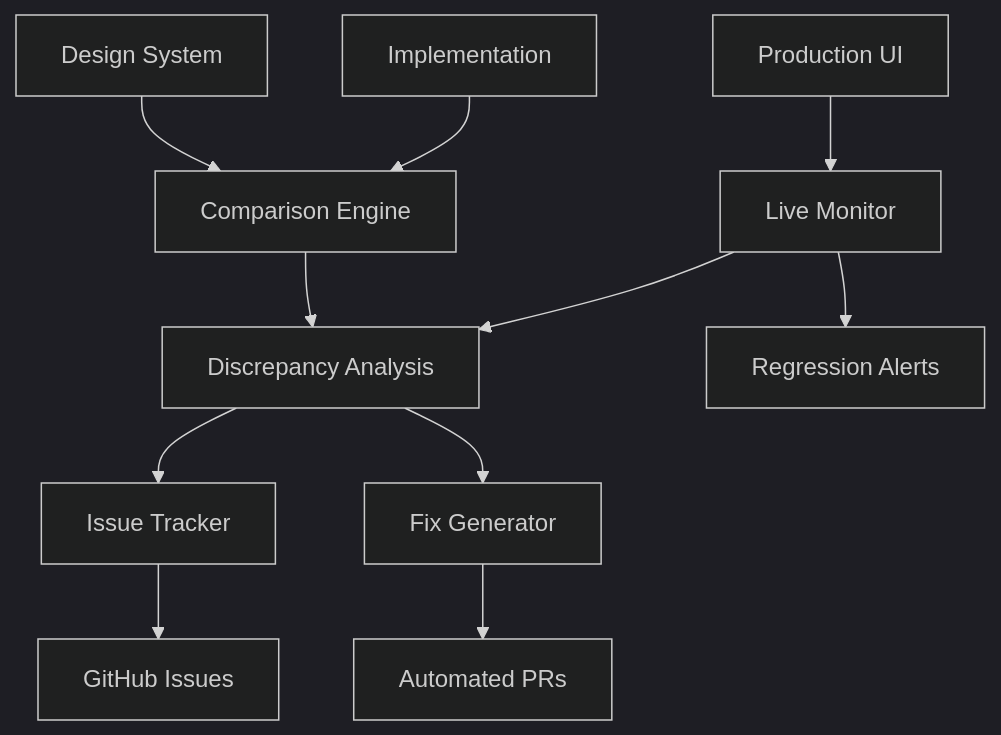
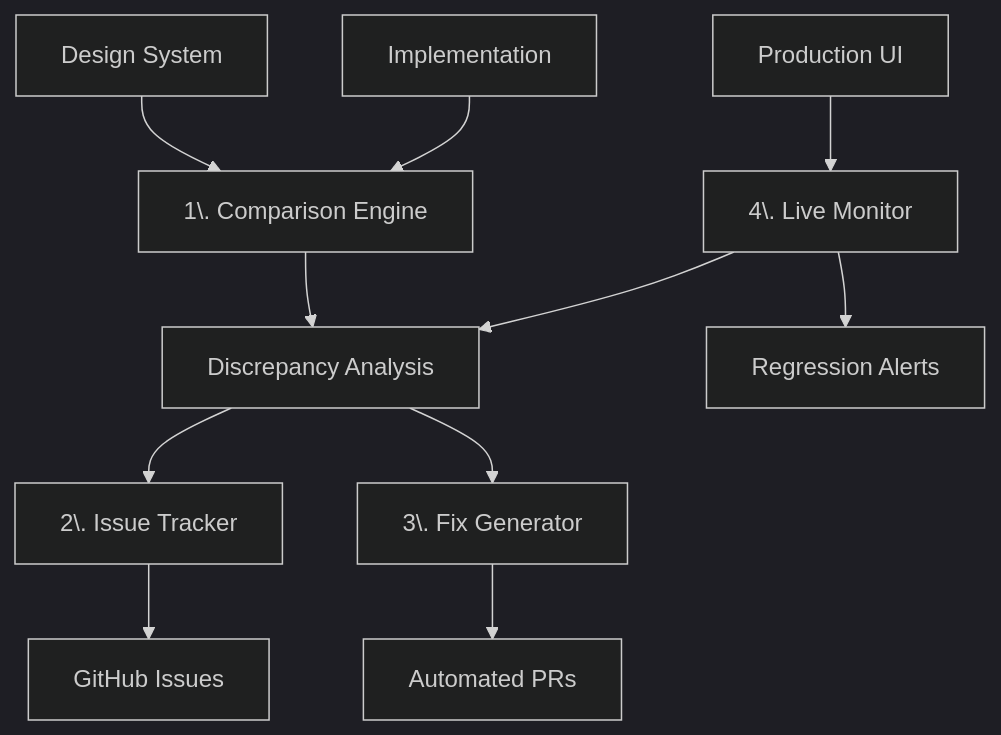
Before and after one commit to scottvr/oculusqasum: the diagram in README.md, drawn with Mermaid (dark theme).

````diff
--- a/README.md
+++ b/README.md
@@ -56,14 +56,14 @@
 ``` mermaid
 graph TD
-    A[Design System] --> C[Comparison Engine]
+    A[Design System] --> C[1\. Comparison Engine]
     B[Implementation] --> C
     C --> D[Discrepancy Analysis]
-    D --> E[Issue Tracker]
-    D --> F[Fix Generator]
-    G[Production UI] --> H[Live Monitor]
+    D --> E[2\. Issue Tracker]
+    D --> F[3\. Fix Generator]
+    G[Production UI] --> H[4\. Live Monitor]
     H --> D
     
     E --> I[GitHub Issues]
     F --> J[Automated PRs]
     H --> K[Regression Alerts]
 ```
````
